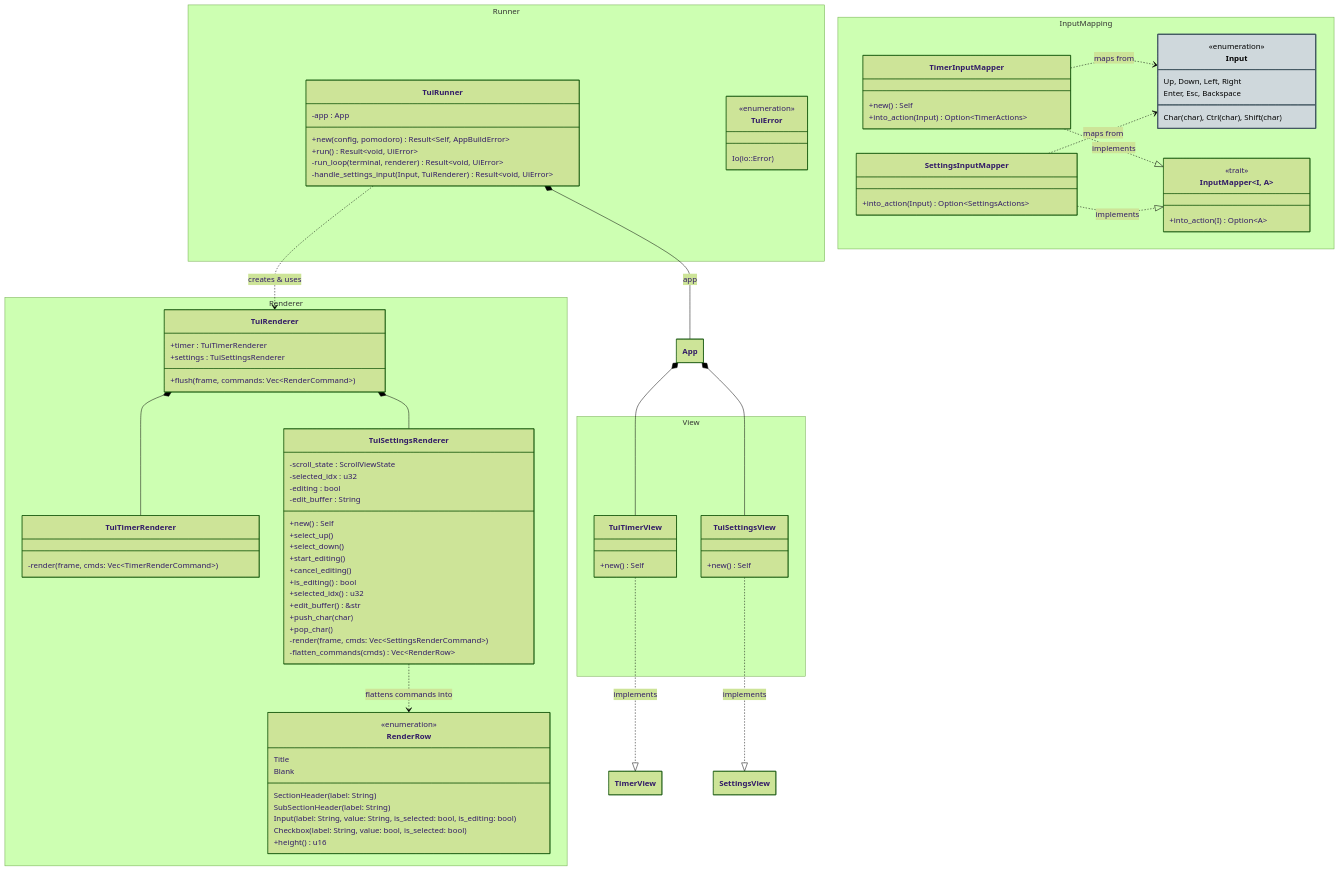
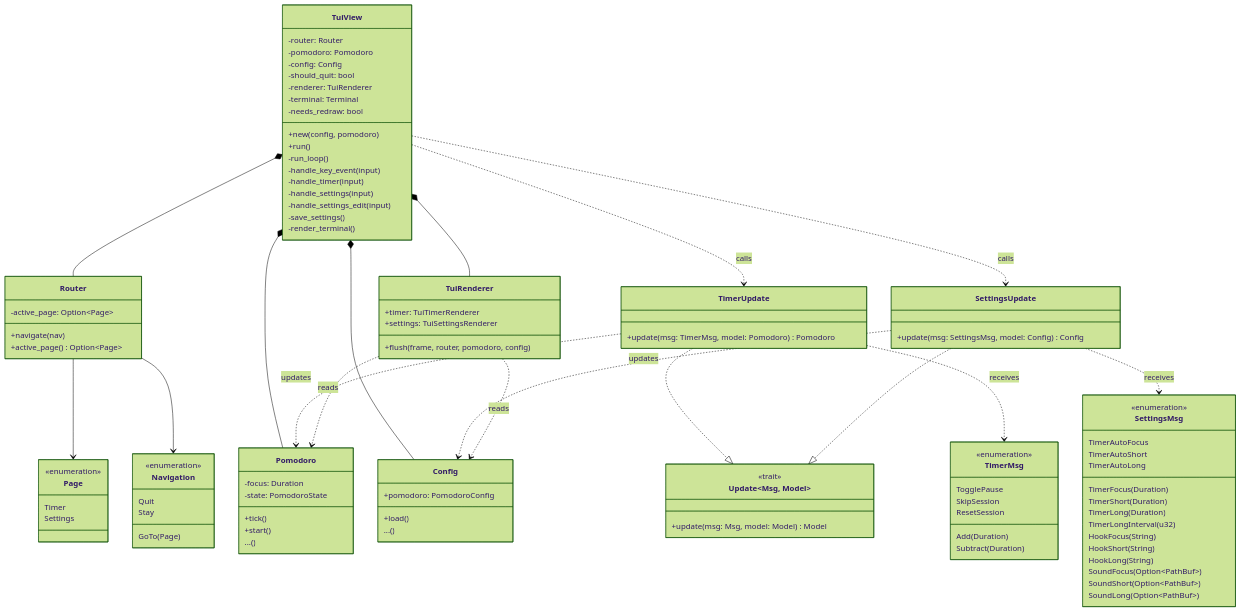
One commit to FAZuH/tomo changed the diagram in docs/diagrams/ui-tui-classdiagram.mmd. Above: the diagram before and after it, drawn with Mermaid (forest theme). The commit also changed 7 other files, not shown here.

```diff
--- a/docs/diagrams/ui-tui-classdiagram.mmd
+++ b/docs/diagrams/ui-tui-classdiagram.mmd
@@ -1,121 +1,134 @@
 ---
 config:
-  class:
-    hideEmptyMembersBox: true
+    class:
+        hideEmptyMembersBox: true
 ---
 classDiagram
     direction TD
 
-    namespace Runner {
-        class TuiRunner {
-            -app : App
-            +new(config, pomodoro) Result~Self, AppBuildError~
-            +run() Result~void, UiError~
-            -run_loop(terminal, renderer) Result~void, UiError~
-            -handle_settings_input(Input, TuiRenderer) Result~void, UiError~
-        }
-
-        class TuiError {
-            <<enumeration>>
-            Io(io::Error)
-        }
+    class TuiView {
+        -router: Router
+        -pomodoro: Pomodoro
+        -config: Config
+        -should_quit: bool
+        -renderer: TuiRenderer
+        -terminal: Terminal
+        -needs_redraw: bool
+        +new(config, pomodoro)
+        +run()
+        -run_loop()
+        -handle_key_event(input)
+        -handle_timer(input)
+        -handle_settings(input)
+        -handle_settings_edit(input)
+        -save_settings()
+        -render_terminal()
     }
 
-    namespace Renderer {
-        class TuiRenderer {
-            +timer : TuiTimerRenderer
-            +settings : TuiSettingsRenderer
-            +flush(frame, commands: Vec~RenderCommand~)
-        }
-
-        class TuiTimerRenderer {
-            -render(frame, cmds: Vec~TimerRenderCommand~)
-        }
-
-        class TuiSettingsRenderer {
-            -scroll_state : ScrollViewState
-            -selected_idx : u32
-            -editing : bool
-            -edit_buffer : String
-            +new() Self
-            +select_up()
-            +select_down()
-            +start_editing()
-            +cancel_editing()
-            +is_editing() bool
-            +selected_idx() u32
-            +edit_buffer() &str
-            +push_char(char)
-            +pop_char()
-            -render(frame, cmds: Vec~SettingsRenderCommand~)
-            -flatten_commands(cmds) Vec~RenderRow~
-        }
-
-        class RenderRow {
-            <<enumeration>>
-            Title
-            Blank
-            SectionHeader(label: String)
-            SubSectionHeader(label: String)
-            Input(label: String, value: String, is_selected: bool, is_editing: bool)
-            Checkbox(label: String, value: bool, is_selected: bool)
-            +height() u16
-        }
+    class Router {
+        -active_page: Option~Page~
+        +navigate(nav)
+        +active_page() Option~Page~
     }
 
-    namespace View {
-        class TuiTimerView {
-            +new() Self
-        }
-
-        class TuiSettingsView {
-            +new() Self
-        }
+    class Update~Msg, Model~ {
+        <<trait>>
+        +update(msg: Msg, model: Model) Model
     }
 
-    namespace InputMapping {
-        class Input:::action {
-            <<enumeration>>
-            Up, Down, Left, Right
-            Enter, Esc, Backspace
-            Char(char), Ctrl(char), Shift(char)
-        }
-
-        class TimerInputMapper {
-            +new() Self
-            +into_action(Input) Option~TimerActions~
-        }
-
-        class SettingsInputMapper {
-            +into_action(Input) Option~SettingsActions~
-        }
-
-        class InputMapper~I, A~ {
-            <<trait>>
-            +into_action(I) Option~A~
-        }
+    class TimerUpdate {
+        +update(msg: TimerMsg, model: Pomodoro) Pomodoro
     }
 
-    TuiRunner *-- App : app
-    App *-- TuiTimerView
-    App *-- TuiSettingsView
-    TuiRunner ..> TuiRenderer : creates & uses
+    class SettingsUpdate {
+        +update(msg: SettingsMsg, model: Config) Config
+    }
 
-    TuiRenderer *-- TuiTimerRenderer
-    TuiRenderer *-- TuiSettingsRenderer
+    class TimerMsg {
+        <<enumeration>>
+        Add(Duration)
+        Subtract(Duration)
+        TogglePause
+        SkipSession
+        ResetSession
+    }
 
-    TuiSettingsRenderer ..> RenderRow : flattens commands into
+    class SettingsMsg {
+        <<enumeration>>
+        TimerFocus(Duration)
+        TimerShort(Duration)
+        TimerLong(Duration)
+        TimerLongInterval(u32)
+        TimerAutoFocus
+        TimerAutoShort
+        TimerAutoLong
+        HookFocus(String)
+        HookShort(String)
+        HookLong(String)
+        SoundFocus(Option~PathBuf~)
+        SoundShort(Option~PathBuf~)
+        SoundLong(Option~PathBuf~)
+    }
 
-    TuiTimerView ..|> TimerView : implements
-    TuiSettingsView ..|> SettingsView : implements
+    class Page {
+        <<enumeration>>
+        Timer
+        Settings
+    }
 
-    TimerInputMapper ..|> InputMapper : implements
-    SettingsInputMapper ..|> InputMapper : implements
-    TimerInputMapper ..> Input : maps from
-    SettingsInputMapper ..> Input : maps from
+    class Navigation {
+        <<enumeration>>
+        Quit
+        Stay
+        GoTo(Page)
+    }
+
+    class Pomodoro {
+        -focus: Duration
+        -state: PomodoroState
+        +tick()
+        +start()
+        ...()
+    }
+
+    class Config {
+        +pomodoro: PomodoroConfig
+        +load()
+        ...()
+    }
+
+    class TuiRenderer {
+        +timer: TuiTimerRenderer
+        +settings: TuiSettingsRenderer
+        +flush(frame, router, pomodoro, config)
+    }
+
+    TuiView *-- Router
+    TuiView *-- Pomodoro
+    TuiView *-- Config
+    TuiView *-- TuiRenderer
+
+    Router --> Page
+    Router --> Navigation
+
+    TimerUpdate ..|> Update
+    SettingsUpdate ..|> Update
+
+    TimerUpdate ..> Pomodoro : updates
+    TimerUpdate ..> TimerMsg : receives
+    SettingsUpdate ..> Config : updates
+    SettingsUpdate ..> SettingsMsg : receives
+
+    TuiView ..> TimerUpdate : calls
+    TuiView ..> SettingsUpdate : calls
+
+    TuiRenderer ..> Pomodoro : reads
+    TuiRenderer ..> Config : reads
 
     classDef view fill:#c8e6c9,stroke:#2e7d32,stroke-width:2px,color:#000
     classDef controller fill:#bbdefb,stroke:#1565c0,stroke-width:2px,color:#000
     classDef state fill:#fff9c4,stroke:#fbc02d,stroke-width:2px,color:#000
     classDef renderCmd fill:#ffccbc,stroke:#d84315,stroke-width:2px,color:#000
+    classDef model fill:#e1bee7,stroke:#6a1b9a,stroke-width:2px,color:#000
     classDef action fill:#cfd8dc,stroke:#455a64,stroke-width:2px,color:#000
+    classDef error fill:#ffcdd2,stroke:#c62828,stroke-width:2px,color:#000
```
